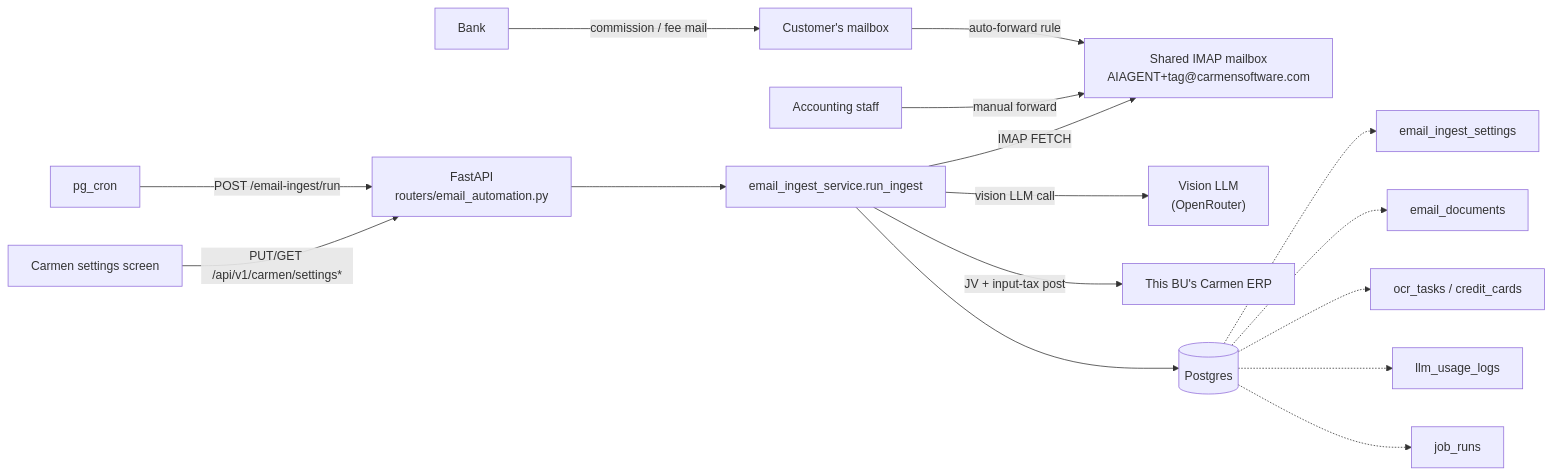
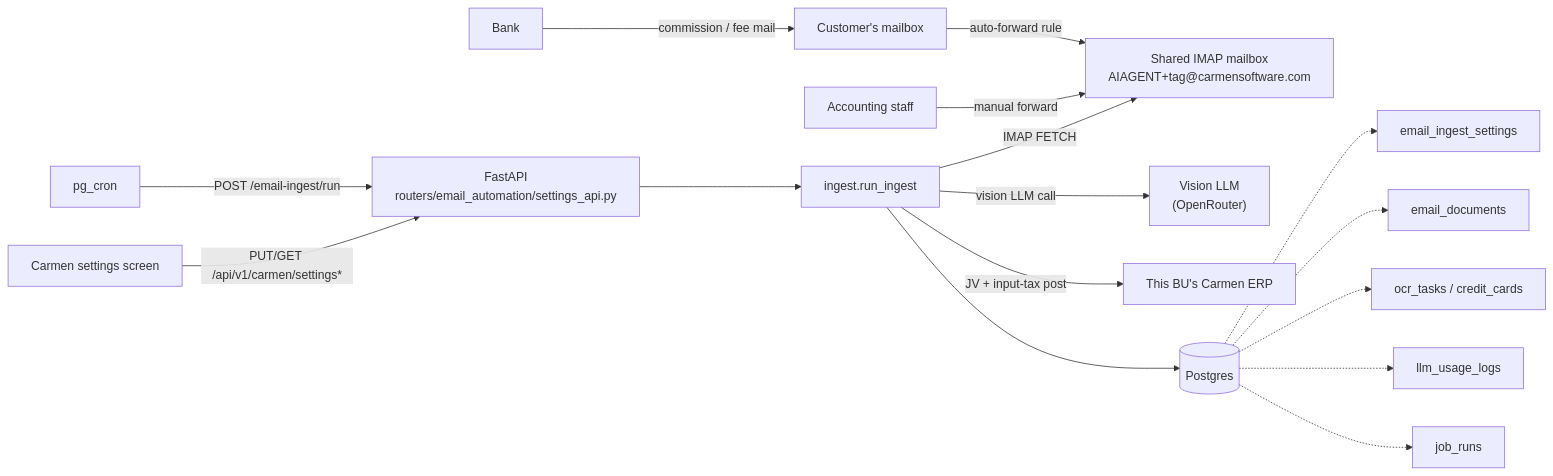
One commit to developer-carmensoftware/OCR changed the first of 8 diagrams in docs/email-automation/02-architecture.md. Above: the diagram before and after it, drawn with Mermaid. The commit also changed other lines of this file and 8 other files, not shown here.

First line of the commit message:
docs: point email-automation references at the Phase 2 modules

````diff
--- a/docs/email-automation/02-architecture.md
+++ b/docs/email-automation/02-architecture.md
@@ -10,21 +10,21 @@
 ```mermaid
 flowchart LR
     Bank["Bank"] -->|"commission / fee mail"| CustMbx["Customer's mailbox"]
     CustMbx -->|"auto-forward rule"| Shared["Shared IMAP mailbox\nAIAGENT+tag@carmensoftware.com"]
     Staff["Accounting staff"] -->|"manual forward"| Shared
 
-    Cron["pg_cron"] -->|"POST /email-ingest/run"| API["FastAPI\nrouters/email_automation.py"]
-    API --> Ingest["email_ingest_service.run_ingest"]
+    Cron["pg_cron"] -->|"POST /email-ingest/run"| API["FastAPI\nrouters/email_automation/settings_api.py"]
+    API --> Ingest["ingest.run_ingest"]
     Ingest -->|"IMAP FETCH"| Shared
     Ingest -->|"vision LLM call"| Vision["Vision LLM\n(OpenRouter)"]
     Ingest -->|"JV + input-tax post"| Carmen["This BU's Carmen ERP"]
 
     CarmenScreen["Carmen settings screen"] -->|"PUT/GET /api/v1/carmen/settings*"| API
 
     Ingest --> DB[("Postgres")]
     DB -.-> T1["email_ingest_settings"]
     DB -.-> T2["email_documents"]
     DB -.-> T3["ocr_tasks / credit_cards"]
     DB -.-> T4["llm_usage_logs"]
     DB -.-> T5["job_runs"]
 ```
````
